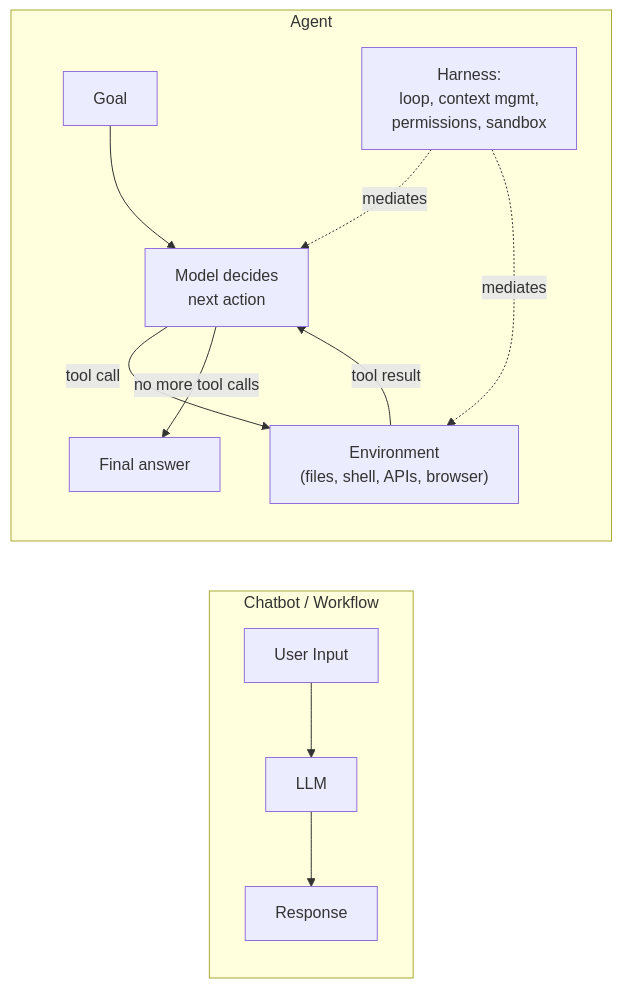
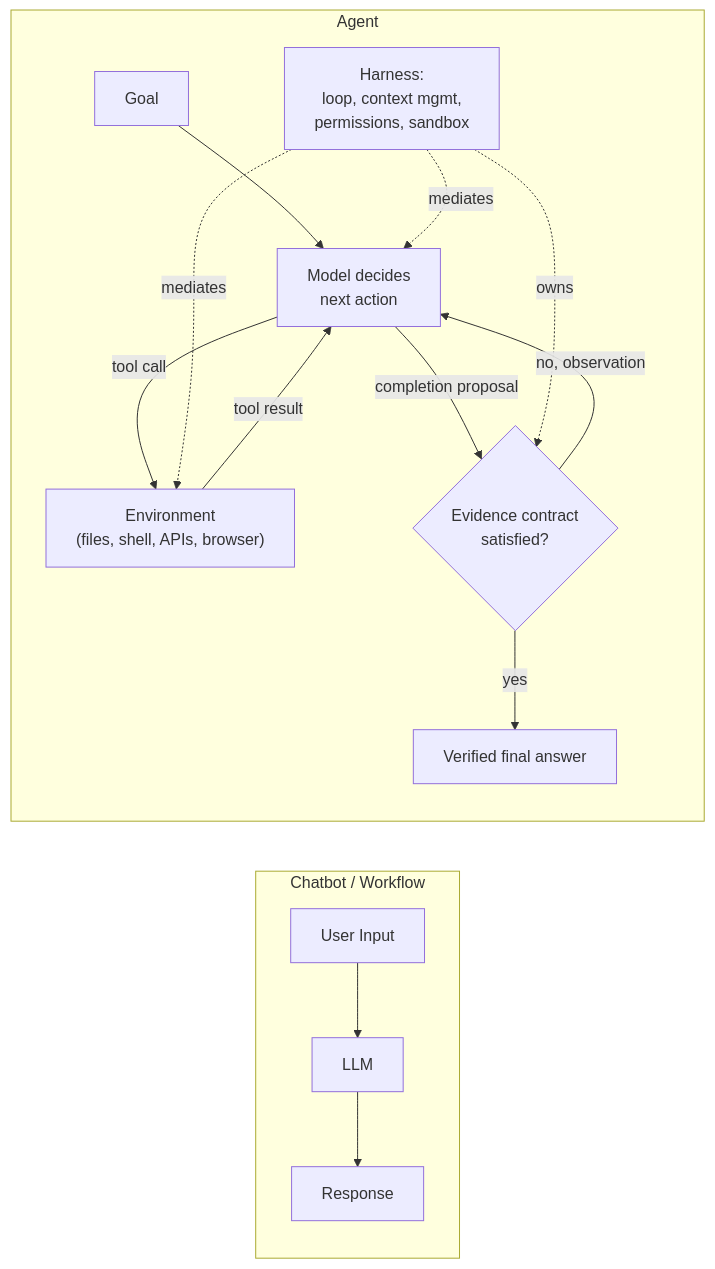
One commit to babushkai/system-design-patterns changed the first of 4 diagrams in 17-llm-systems/01-agent-fundamentals.md. Above: the diagram before and after it, drawn with Mermaid. The commit also changed other lines of this file and 25 other files, not shown here.

````diff
--- a/17-llm-systems/01-agent-fundamentals.md
+++ b/17-llm-systems/01-agent-fundamentals.md
@@ -11,16 +13,19 @@
 ```mermaid
 graph LR
     subgraph CHATBOT["Chatbot / Workflow"]
         UI1["User Input"] --> LLM1["LLM"] --> R1["Response"]
     end
 
     subgraph AGENT["Agent"]
         UG["Goal"] --> M["Model decides<br/>next action"]
         M -->|tool call| ENV["Environment<br/>(files, shell, APIs, browser)"]
         ENV -->|tool result| M
-        M -->|no more tool calls| DONE["Final answer"]
+        M -->|completion proposal| V{"Evidence contract<br/>satisfied?"}
+        V -->|yes| DONE["Verified final answer"]
+        V -->|no, observation| M
 
         HARNESS["Harness:<br/>loop, context mgmt,<br/>permissions, sandbox"] -.->|mediates| M
         HARNESS -.->|mediates| ENV
+        HARNESS -.->|owns| V
     end
 ```
````
